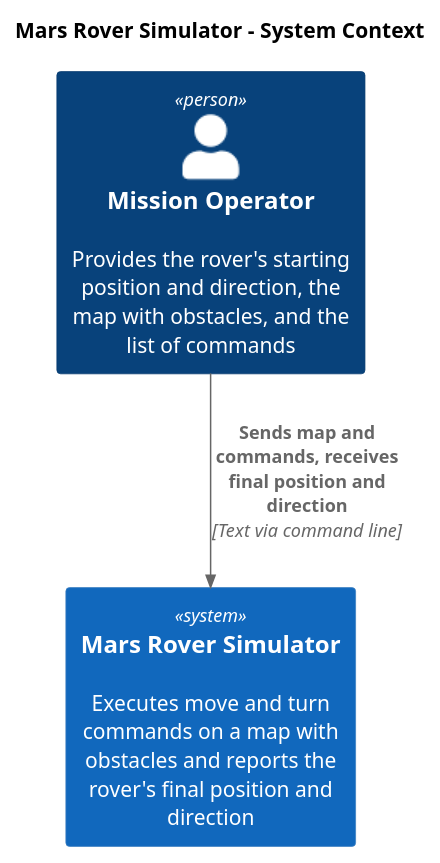
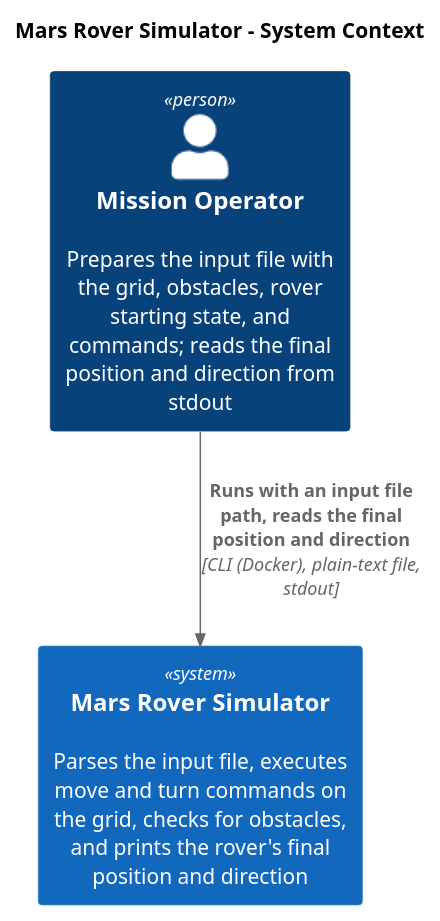
One commit to antonic00/agentic-sdlc-aleksandar-antonic changed the diagram in architecture/diagrams/c4-context.puml. Above: the diagram before and after it, drawn with PlantUML. The commit also changed 23 other files, not shown here.

Commit message:
#3 docs(architecture): add arc42 architecture documents and diagrams

```diff
--- a/architecture/diagrams/c4-context.puml
+++ b/architecture/diagrams/c4-context.puml
@@ -1,11 +1,11 @@
 @startuml c4-context
 !include https://raw.githubusercontent.com/plantuml-stdlib/C4-PlantUML/master/C4_Context.puml
 
 title Mars Rover Simulator - System Context
 
-Person(operator, "Mission Operator", "Provides the rover's starting position and direction, the map with obstacles, and the list of commands")
-System(simulator, "Mars Rover Simulator", "Executes move and turn commands on a map with obstacles and reports the rover's final position and direction")
+Person(operator, "Mission Operator", "Prepares the input file with the grid, obstacles, rover starting state, and commands; reads the final position and direction from stdout")
+System(simulator, "Mars Rover Simulator", "Parses the input file, executes move and turn commands on the grid, checks for obstacles, and prints the rover's final position and direction")
 
-Rel(operator, simulator, "Sends map and commands, receives final position and direction", "Text via command line")
+Rel(operator, simulator, "Runs with an input file path, reads the final position and direction", "CLI (Docker), plain-text file, stdout")
 
 @enduml
```
